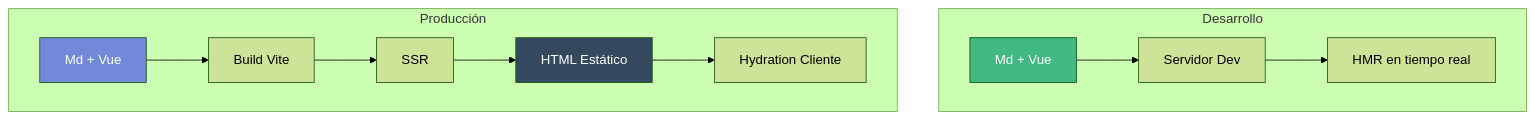
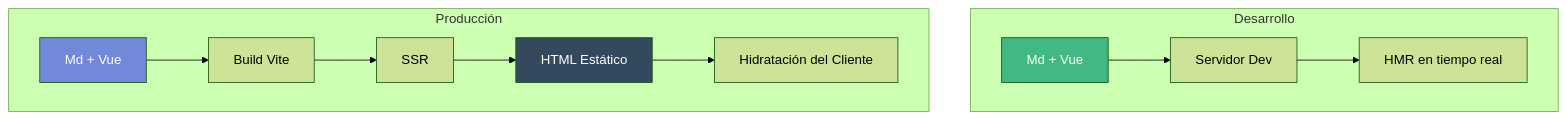
Before and after one commit to joseluisgs/joseluisgs: the first of 6 diagrams in web/src/posts/2026/2026-04-20-nueva_version_web.md, drawn with Mermaid (forest theme). The commit also changed other lines of this file, not shown here.

````diff
--- a/web/src/posts/2026/2026-04-20-nueva_version_web.md
+++ b/web/src/posts/2026/2026-04-20-nueva_version_web.md
@@ -67,18 +67,18 @@
 ```mermaid
 flowchart TB
     subgraph "Desarrollo"
         A[Md + Vue] --> B[Servidor Dev]
         B --> C[HMR en tiempo real]
     end
     
     subgraph "Producción"
         D[Md + Vue] --> E[Build Vite]
         E --> F[SSR]
         F --> G[HTML Estático]
-        G --> H[Hydration Cliente]
+        G --> H[Hidratación del Cliente]
     end
     
     style A fill:#42b883,color:#fff
     style D fill:#7289da,color:#fff
 style G fill:#35495e,color:#fff
 ```
````
